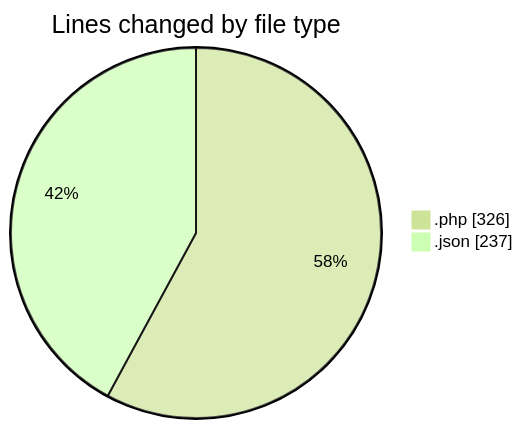
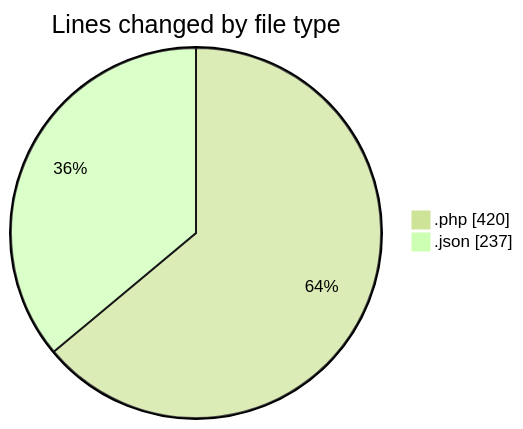
The first of 2 diagrams in 2025-05-30/studio-backend/README.md (idhammustaqopulfikri/code-tracking), drawn with Mermaid (forest theme) before and after one commit. The commit also changed other lines of this file and 1 other file, not shown here.

````diff
--- a/2025-05-30/studio-backend/README.md
+++ b/2025-05-30/studio-backend/README.md
@@ -25,6 +26,6 @@
 ```mermaid
 pie showData
 title Lines changed by file type
-".php" : 326
+".php" : 420
 ".json" : 237
 ```
````
